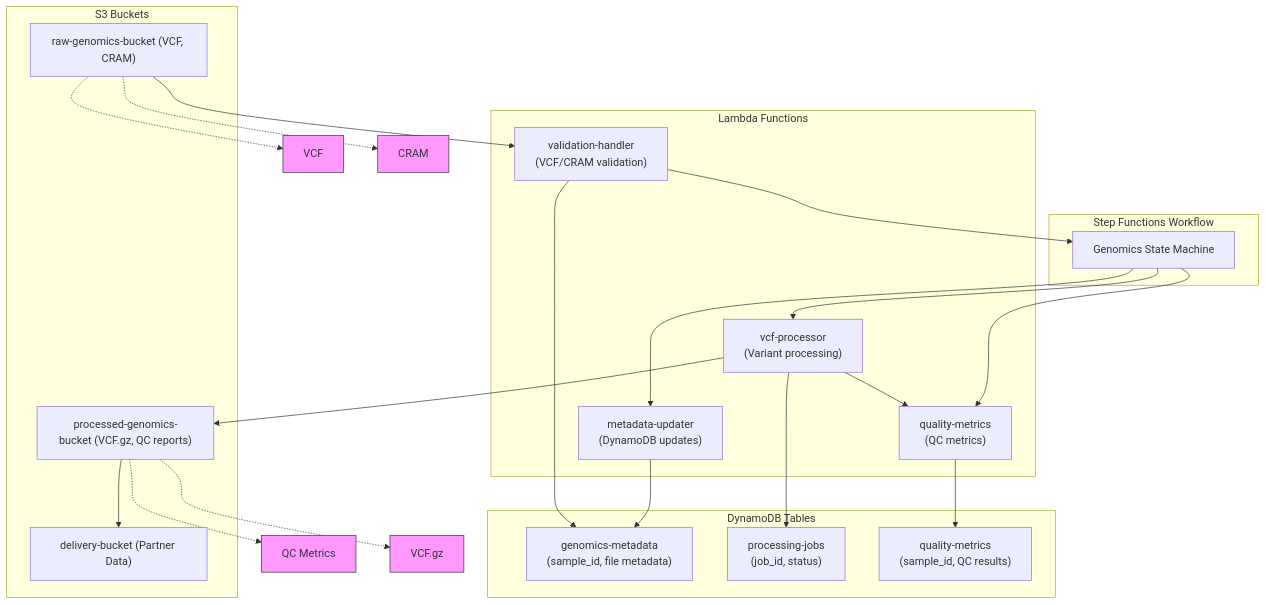
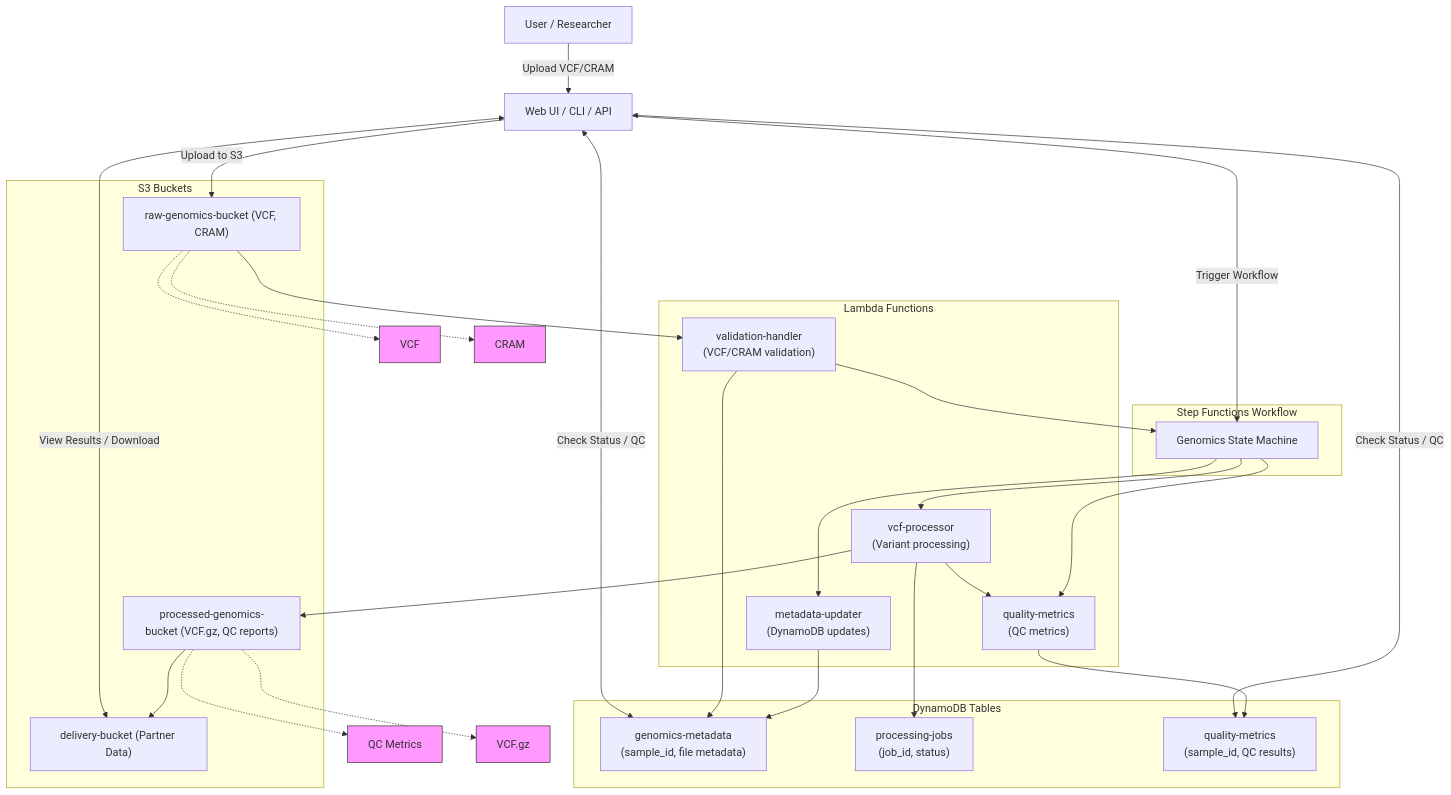
Before and after one commit to justin-mbca/genomic_data_etl: the diagram in README.md, drawn with Mermaid.

Commit message:
Add user interactions to architecture Mermaid diagram

````diff
--- a/README.md
+++ b/README.md
@@ -7,50 +7,61 @@
 ```mermaid
 flowchart TD
+	USER["User / Researcher"]
+	UI["Web UI / CLI / API"]
+
 	subgraph S3["S3 Buckets"]
 		RAW["raw-genomics-bucket (VCF, CRAM)"]
 		PROCESSED["processed-genomics-bucket (VCF.gz, QC reports)"]
 		DELIVERY["delivery-bucket (Partner Data)"]
 	end
 
 	subgraph Lambda["Lambda Functions"]
 		VALIDATE["validation-handler\n(VCF/CRAM validation)"]
 		PROCESS["vcf-processor\n(Variant processing)"]
 		METRICS["quality-metrics\n(QC metrics)"]
 		METAUPD["metadata-updater\n(DynamoDB updates)"]
 	end
 
 	subgraph DDB["DynamoDB Tables"]
 		META["genomics-metadata\n(sample_id, file metadata)"]
 		JOBS["processing-jobs\n(job_id, status)"]
 		QC["quality-metrics\n(sample_id, QC results)"]
 	end
 
 	subgraph SFN["Step Functions Workflow"]
 		WORKFLOW["Genomics State Machine"]
 	end
+
+	%% User Interactions
+	USER -->|"Upload VCF/CRAM"| UI
+	UI -->|"Upload to S3"| RAW
+	UI -->|"Trigger Workflow"| WORKFLOW
+	UI <-->|"View Results / Download"| DELIVERY
+	UI <-->|"Check Status / QC"| META
+	UI <-->|"Check Status / QC"| QC
 
 	RAW --> VALIDATE
 	VALIDATE --> META
 	VALIDATE --> WORKFLOW
 	WORKFLOW --> PROCESS
 	PROCESS --> PROCESSED
 	PROCESS --> JOBS
 	PROCESS --> METRICS
 	METRICS --> QC
 	PROCESSED --> DELIVERY
 	WORKFLOW --> METAUPD
 	METAUPD --> META
 	WORKFLOW --> METRICS
 
 	%% Data Types
 	classDef dataType fill:#f9f,stroke:#333,stroke-width:1px;
 	VCF["VCF"]:::dataType
 	CRAM["CRAM"]:::dataType
 	QC_METRICS["QC Metrics"]:::dataType
 	VCF_GZ["VCF.gz"]:::dataType
 
 	RAW -.-> VCF
 	RAW -.-> CRAM
 	PROCESSED -.-> VCF_GZ
 	PROCESSED -.-> QC_METRICS
 ```
````
